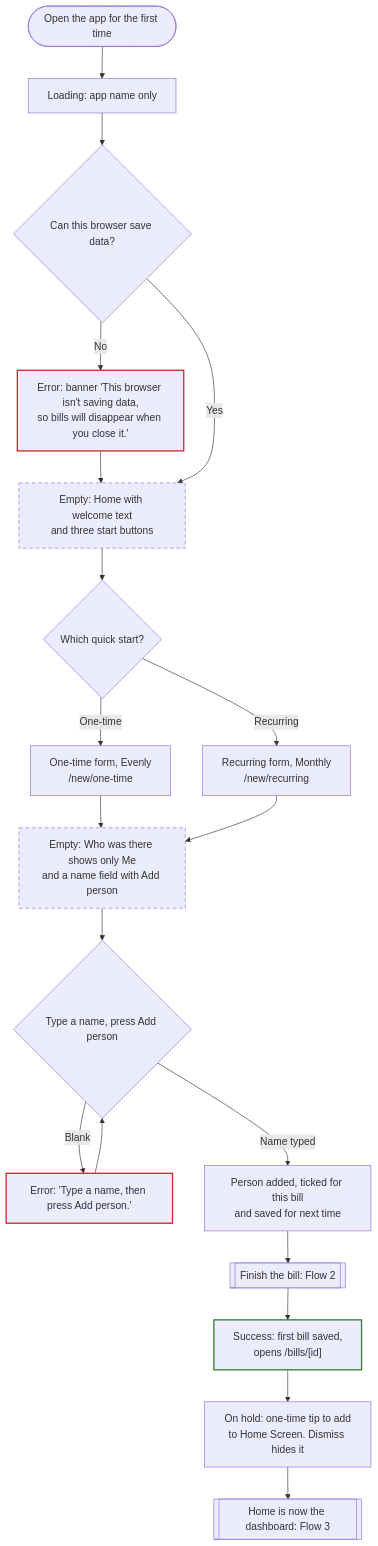
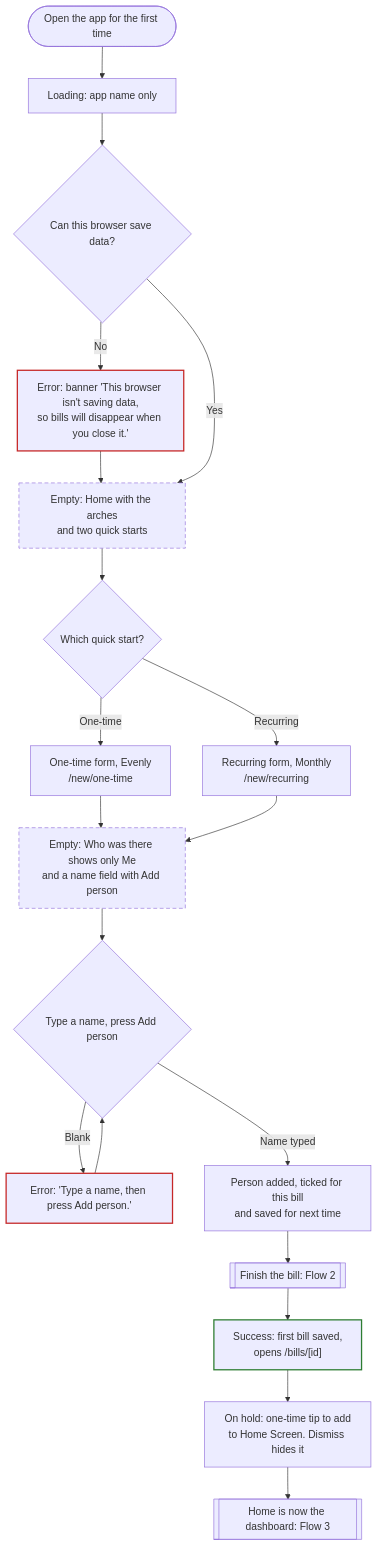
Before and after one commit to quincyleung/bill-splitter: the first of 3 diagrams in README.md, drawn with Mermaid. The commit also changed other lines of this file and 18 other files, not shown here.

````diff
--- a/README.md
+++ b/README.md
@@ -13,28 +13,28 @@
 ```mermaid
 flowchart TD
   start(["Open the app for the first time"]) --> loading["Loading: app name only"]
   loading --> canSave{"Can this browser save data?"}
   canSave -->|No| errStorage["Error: banner 'This browser isn't saving data,<br/>so bills will disappear when you close it.'"]
   errStorage --> welcome
-  canSave -->|Yes| welcome["Empty: Home with welcome text<br/>and three start buttons"]
+  canSave -->|Yes| welcome["Empty: Home with the arches<br/>and two quick starts"]
   welcome --> mode{"Which quick start?"}
   mode -->|One-time| once["One-time form, Evenly<br/>/new/one-time"]
   mode -->|Recurring| rec["Recurring form, Monthly<br/>/new/recurring"]
   once --> noPeople
   rec --> noPeople
   noPeople["Empty: Who was there shows only Me<br/>and a name field with Add person"] --> addName{"Type a name, press Add person"}
   addName -->|Blank| errName["Error: 'Type a name, then press Add person.'"]
   errName --> addName
   addName -->|Name typed| savedPerson["Person added, ticked for this bill<br/>and saved for next time"]
   savedPerson --> mainTask[["Finish the bill: Flow 2"]]
   mainTask --> firstBill["Success: first bill saved,<br/>opens /bills/[id]"]
   firstBill --> homeTip["On hold: one-time tip to add<br/>to Home Screen. Dismiss hides it"]
   homeTip --> dashboard[["Home is now the dashboard: Flow 3"]]
 
   classDef error stroke:#c62828,stroke-width:2px
   classDef empty stroke-dasharray:6 4
   classDef success stroke:#2e7d32,stroke-width:2px
   class errStorage,errName error
   class welcome,noPeople empty
   class firstBill success
 ```
````
